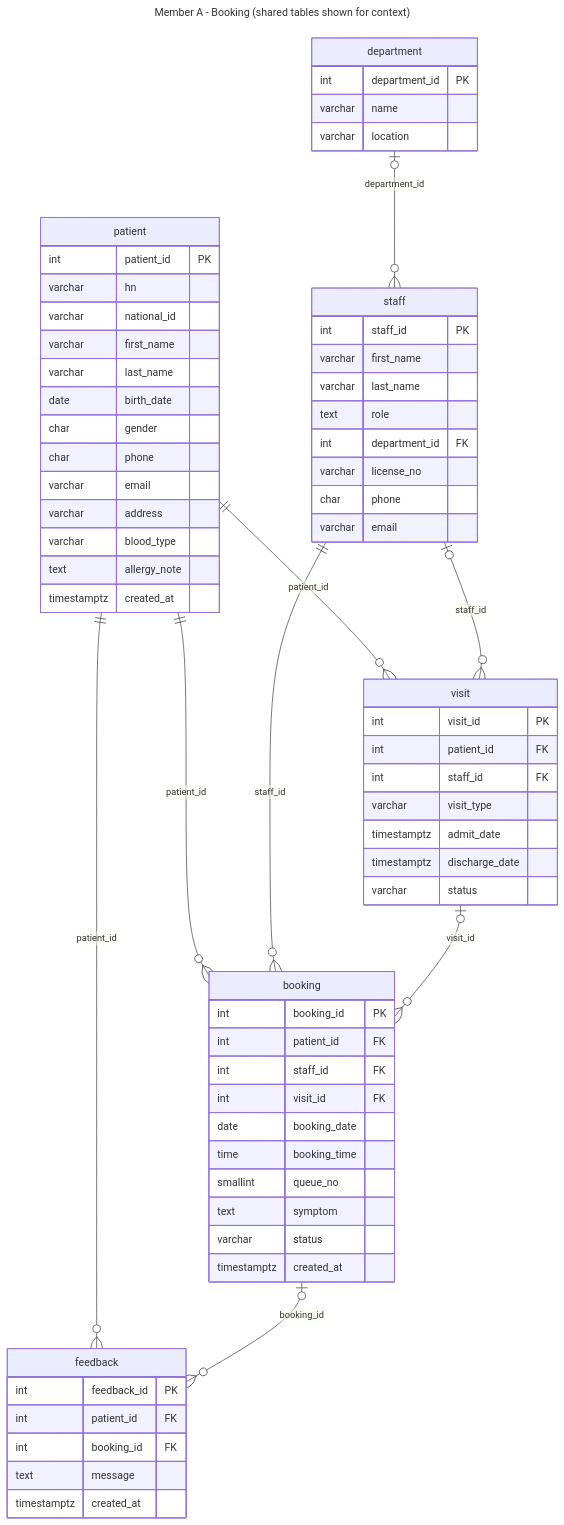
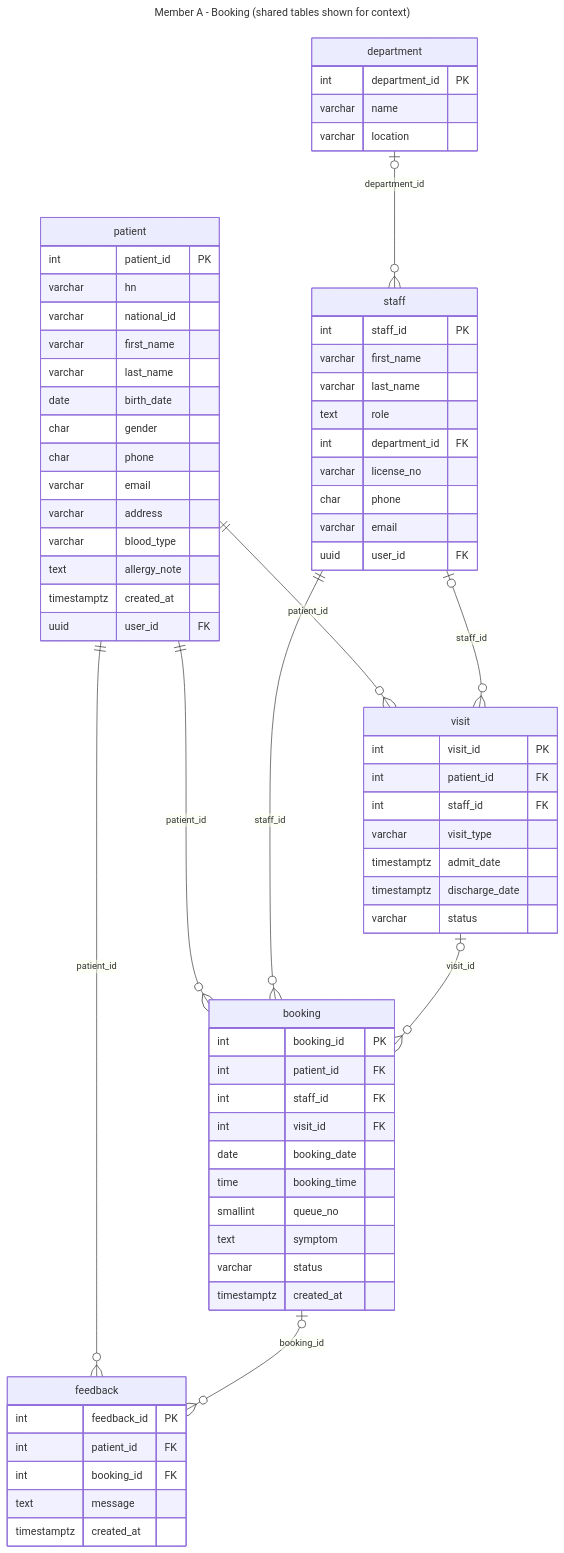
Before and after one commit to popongfm/AIE313-FinalProj_HospitalSystem: the diagram in docs/er/er_member_A_booking.mmd, drawn with Mermaid. The commit also changed 45 other files, not shown here.

```diff
--- a/docs/er/er_member_A_booking.mmd
+++ b/docs/er/er_member_A_booking.mmd
@@ -1,70 +1,72 @@
 ---
 title: Member A - Booking (shared tables shown for context)
 ---
 erDiagram
     booking {
         int booking_id PK
         int patient_id FK
         int staff_id FK
         int visit_id FK
         date booking_date
         time booking_time
         smallint queue_no
         text symptom
         varchar status
         timestamptz created_at
     }
     feedback {
         int feedback_id PK
         int patient_id FK
         int booking_id FK
         text message
         timestamptz created_at
     }
     patient {
         int patient_id PK
         varchar hn
         varchar national_id
         varchar first_name
         varchar last_name
         date birth_date
         char gender
         char phone
         varchar email
         varchar address
         varchar blood_type
         text allergy_note
         timestamptz created_at
+        uuid user_id FK
     }
     staff {
         int staff_id PK
         varchar first_name
         varchar last_name
         text role
         int department_id FK
         varchar license_no
         char phone
         varchar email
+        uuid user_id FK
     }
     department {
         int department_id PK
         varchar name
         varchar location
     }
     visit {
         int visit_id PK
         int patient_id FK
         int staff_id FK
         varchar visit_type
         timestamptz admit_date
         timestamptz discharge_date
         varchar status
     }
     department |o--o{ staff : "department_id"
     patient ||--o{ visit : "patient_id"
     staff |o--o{ visit : "staff_id"
     patient ||--o{ booking : "patient_id"
     staff ||--o{ booking : "staff_id"
     visit |o--o{ booking : "visit_id"
     patient ||--o{ feedback : "patient_id"
     booking |o--o{ feedback : "booking_id"
```
